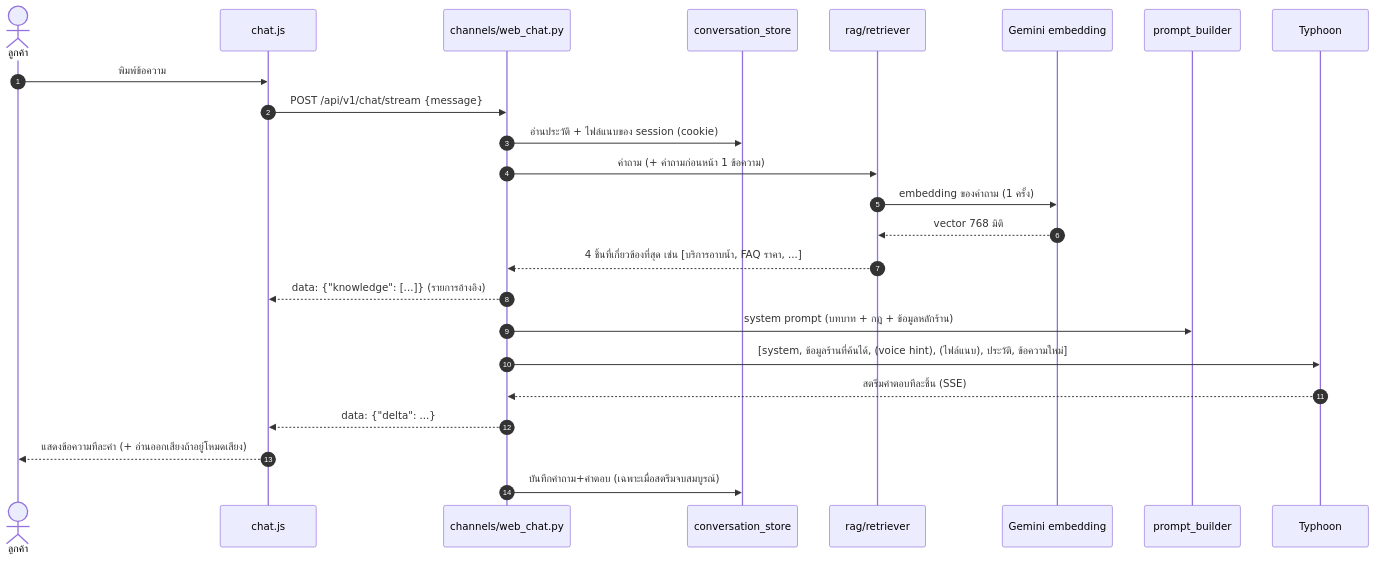
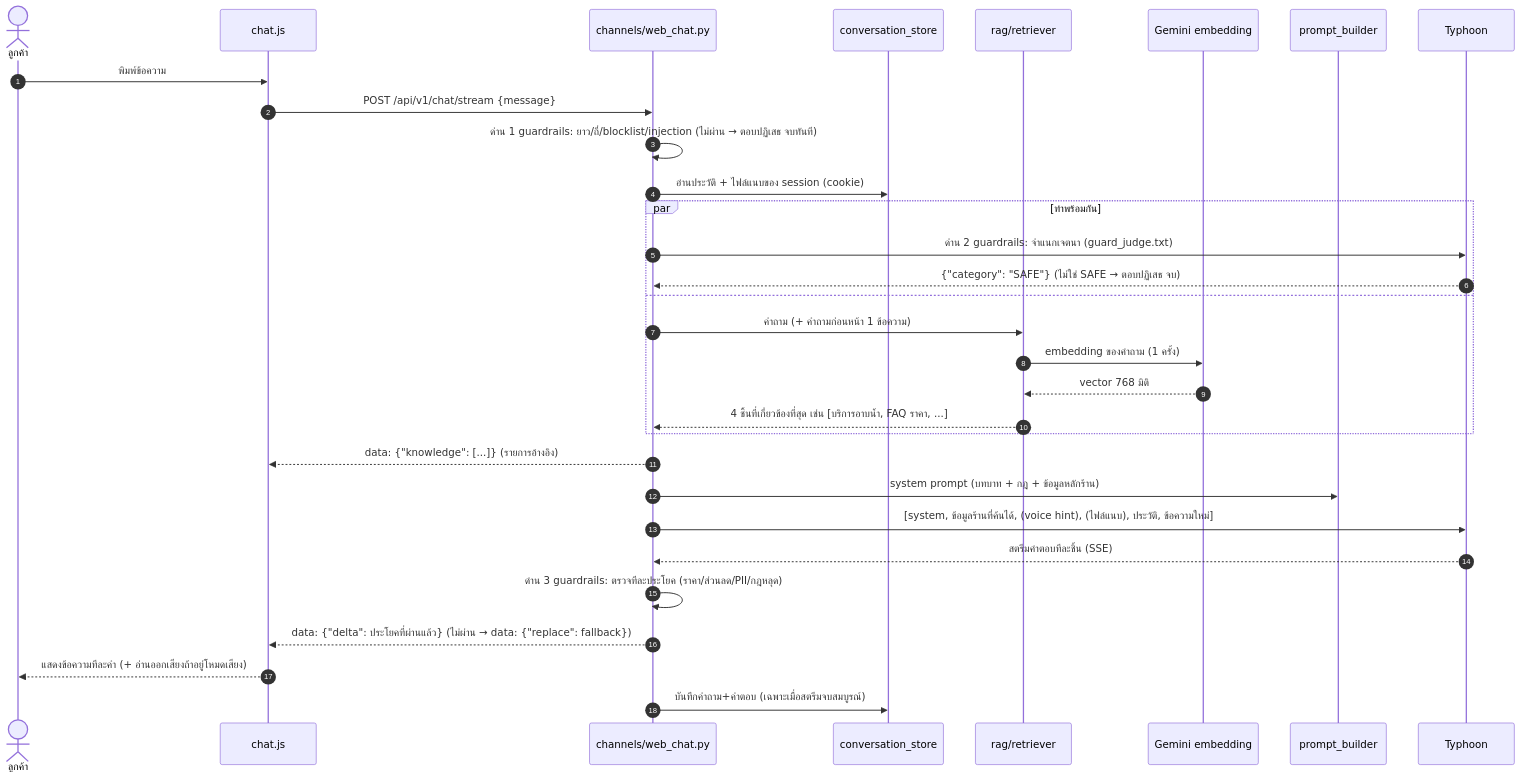
The second of 3 diagrams in docs/system-architecture.md (Myname30275/Project-chatbot), drawn with Mermaid before and after one commit. The commit also changed other lines of this file and 20 other files, not shown here.

First line of the commit message:
Add three-layer guardrails (free, no extra API key)

````diff
--- a/docs/system-architecture.md
+++ b/docs/system-architecture.md
@@ -129,27 +136,34 @@
 ```mermaid
 sequenceDiagram
     autonumber
     actor C as ลูกค้า
     participant UI as chat.js
     participant API as channels/web_chat.py
     participant ST as conversation_store
     participant RAG as rag/retriever
     participant GM as Gemini embedding
     participant PB as prompt_builder
     participant LLM as Typhoon
 
     C->>UI: พิมพ์ข้อความ
     UI->>API: POST /api/v1/chat/stream {message}
+    API->>API: ด่าน 1 guardrails: ยาว/ถี่/blocklist/injection (ไม่ผ่าน → ตอบปฏิเสธ จบทันที)
     API->>ST: อ่านประวัติ + ไฟล์แนบของ session (cookie)
-    API->>RAG: คำถาม (+ คำถามก่อนหน้า 1 ข้อความ)
-    RAG->>GM: embedding ของคำถาม (1 ครั้ง)
-    GM-->>RAG: vector 768 มิติ
-    RAG-->>API: 4 ชิ้นที่เกี่ยวข้องที่สุด เช่น [บริการอาบน้ำ, FAQ ราคา, ...]
+    par ทำพร้อมกัน
+        API->>LLM: ด่าน 2 guardrails: จำแนกเจตนา (guard_judge.txt)
+        LLM-->>API: {"category": "SAFE"} (ไม่ใช่ SAFE → ตอบปฏิเสธ จบ)
+    and
+        API->>RAG: คำถาม (+ คำถามก่อนหน้า 1 ข้อความ)
+        RAG->>GM: embedding ของคำถาม (1 ครั้ง)
+        GM-->>RAG: vector 768 มิติ
+        RAG-->>API: 4 ชิ้นที่เกี่ยวข้องที่สุด เช่น [บริการอาบน้ำ, FAQ ราคา, ...]
+    end
     API-->>UI: data: {"knowledge": [...]} (รายการอ้างอิง)
     API->>PB: system prompt (บทบาท + กฎ + ข้อมูลหลักร้าน)
     API->>LLM: [system, ข้อมูลร้านที่ค้นได้, (voice hint), (ไฟล์แนบ), ประวัติ, ข้อความใหม่]
     LLM-->>API: สตรีมคำตอบทีละชิ้น (SSE)
-    API-->>UI: data: {"delta": ...}
+    API->>API: ด่าน 3 guardrails: ตรวจทีละประโยค (ราคา/ส่วนลด/PII/กฎหลุด)
+    API-->>UI: data: {"delta": ประโยคที่ผ่านแล้ว} (ไม่ผ่าน → data: {"replace": fallback})
     UI-->>C: แสดงข้อความทีละคำ (+ อ่านออกเสียงถ้าอยู่โหมดเสียง)
     API->>ST: บันทึกคำถาม+คำตอบ (เฉพาะเมื่อสตรีมจบสมบูรณ์)
 ```
````
